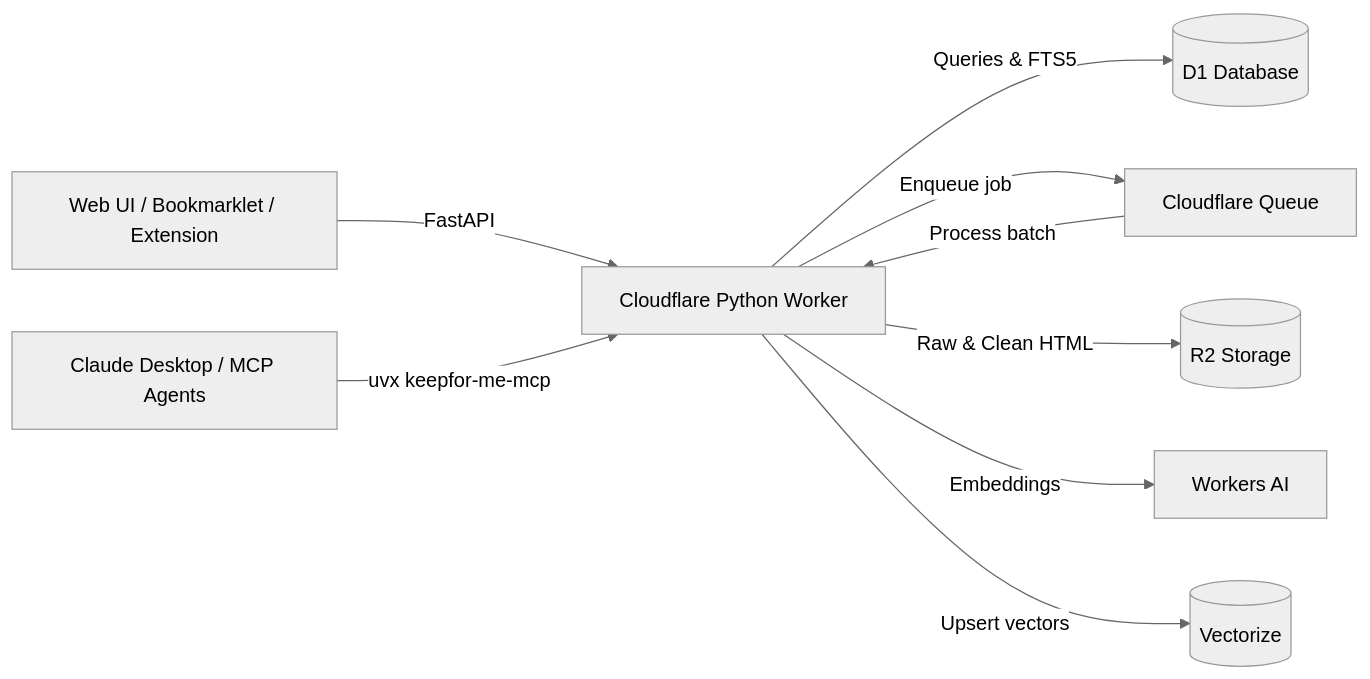
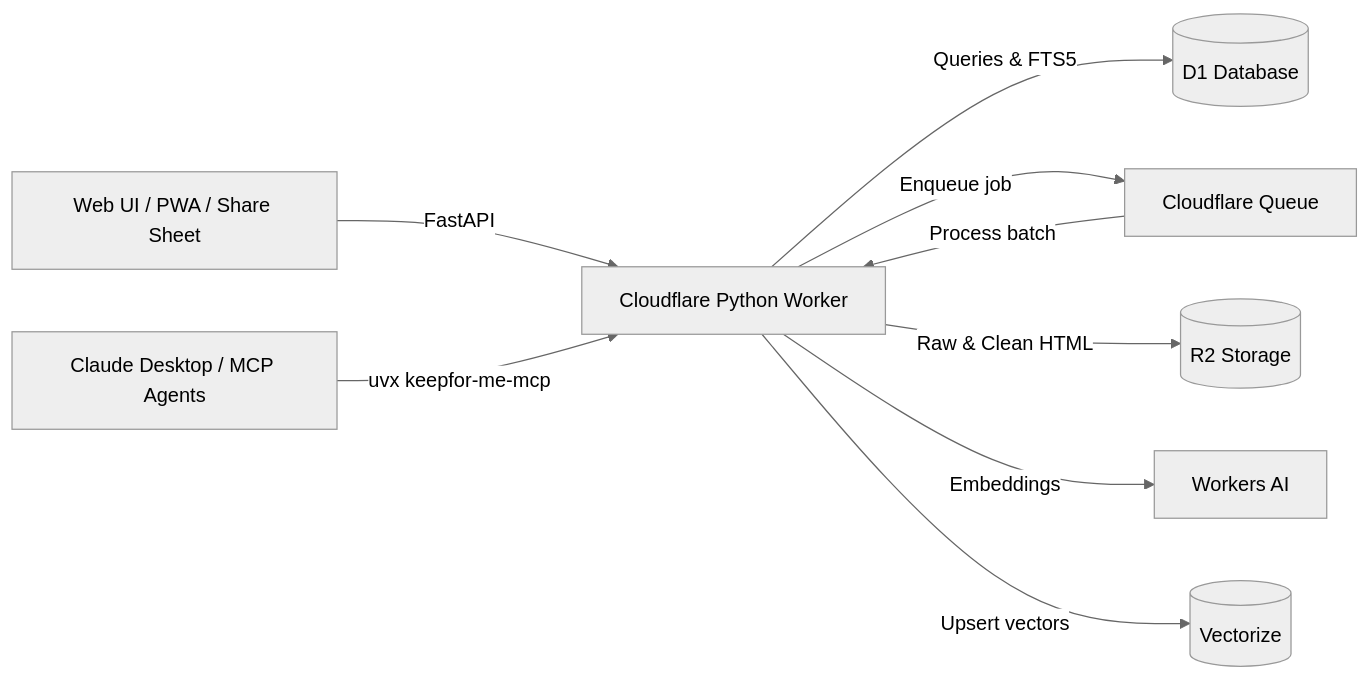
Before and after one commit to melcutz/keepfor.me: the diagram in README.md, drawn with Mermaid (neutral theme). The commit also changed other lines of this file, not shown here.

First line of the commit message:
docs: update README for PWA, extraction lifecycle, and perf work

````diff
--- a/README.md
+++ b/README.md
@@ -24,12 +27,12 @@
 ```mermaid
 flowchart LR
-    Browser["Web UI / Bookmarklet / Extension"] -->|FastAPI| Worker["Cloudflare Python Worker"]
+    Browser["Web UI / PWA / Share Sheet"] -->|FastAPI| Worker["Cloudflare Python Worker"]
     Claude["Claude Desktop / MCP Agents"] -->|uvx keepfor-me-mcp| Worker
 
     Worker -->|Queries & FTS5| D1[("D1 Database")]
     Worker -->|Enqueue job| Queue["Cloudflare Queue"]
     Queue -->|Process batch| Worker
     Worker -->|Raw & Clean HTML| R2[("R2 Storage")]
     Worker -->|Embeddings| WAI["Workers AI"]
     Worker -->|Upsert vectors| Vec[("Vectorize")]
 ```
````
